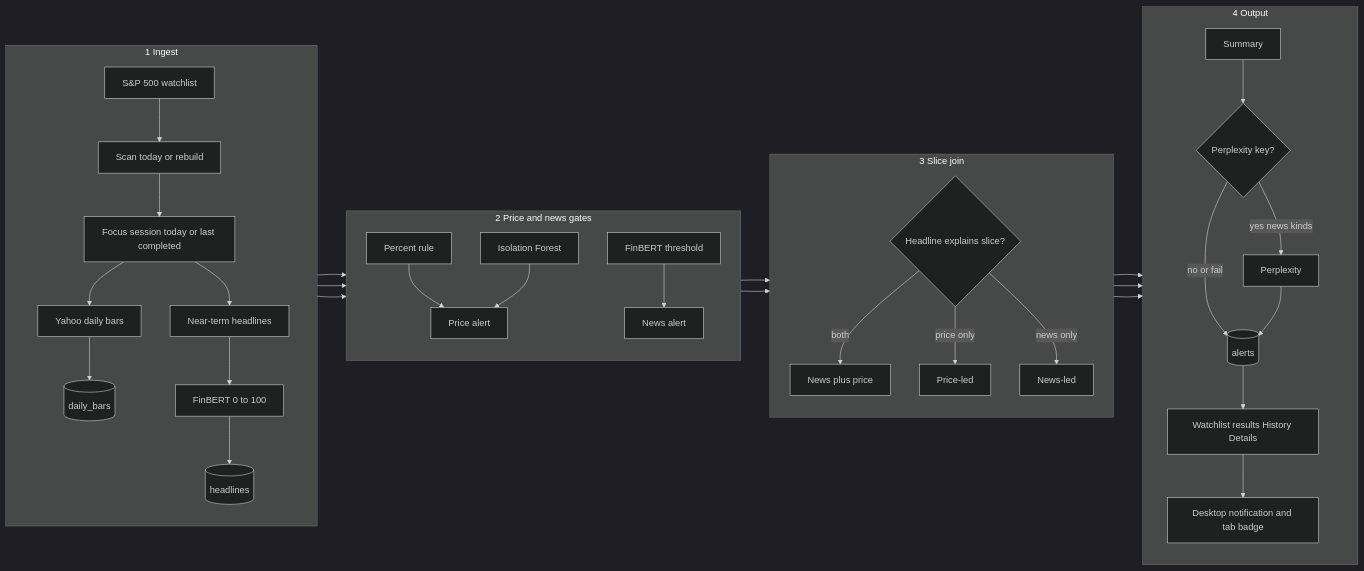
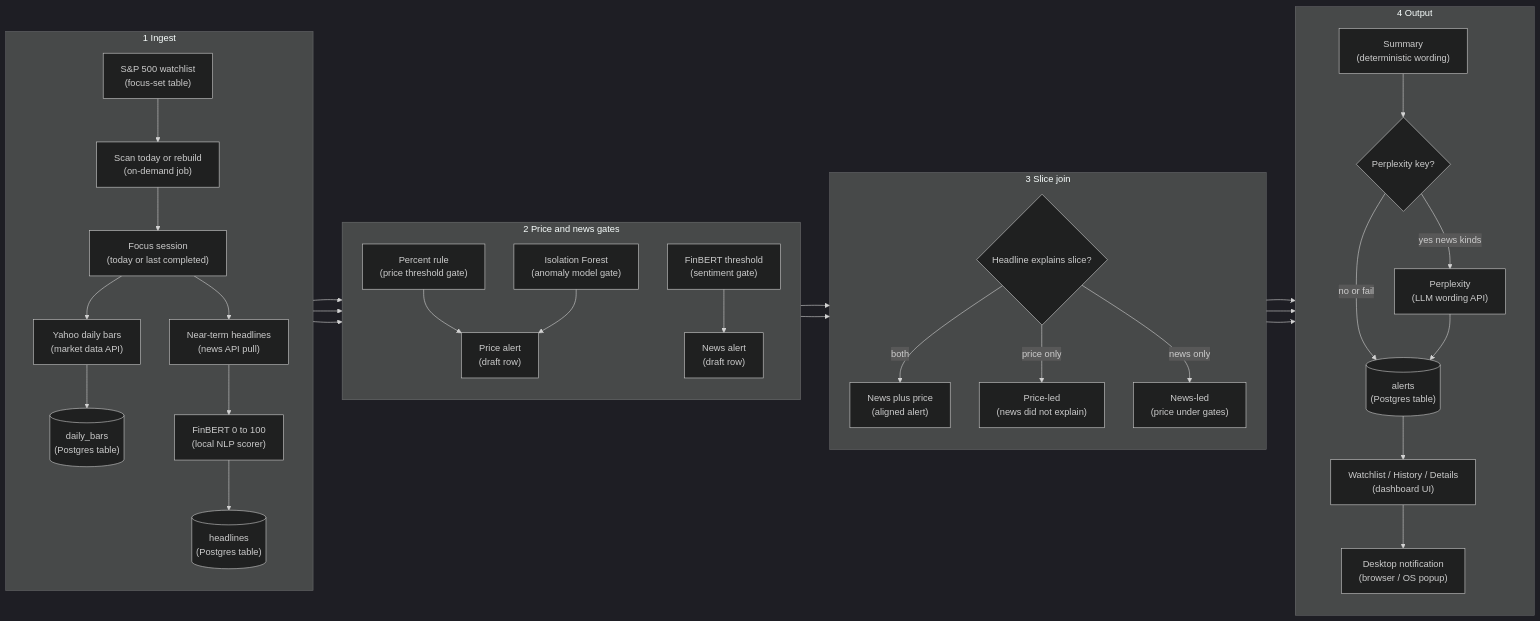
Before and after one commit to sameerde4/ticker-alert-system: the second of 10 diagrams in docs/architecture.md, drawn with Mermaid (dark theme). The commit also changed other lines of this file and 1 other file, not shown here.

First line of the commit message:
Clarify architecture diagram boxes with job plus technical role.

````diff
--- a/docs/architecture.md
+++ b/docs/architecture.md
@@ -191,45 +191,45 @@
 ```mermaid
 flowchart LR
     subgraph ingest [1 Ingest]
         direction TB
-        WL[S&P 500 watchlist] --> RUN[Scan today or rebuild]
-        RUN --> FOCUS[Focus session today or last completed]
-        FOCUS --> PX[Yahoo daily bars]
-        FOCUS --> NW[Near-term headlines]
-        PX --> BARS[(daily_bars)]
-        NW --> SCORE[FinBERT 0 to 100]
-        SCORE --> NEWS[(headlines)]
+        WL["S&P 500 watchlist<br/>(focus-set table)"] --> RUN["Scan today or rebuild<br/>(on-demand job)"]
+        RUN --> FOCUS["Focus session<br/>(today or last completed)"]
+        FOCUS --> PX["Yahoo daily bars<br/>(market data API)"]
+        FOCUS --> NW["Near-term headlines<br/>(news API pull)"]
+        PX --> BARS[("daily_bars<br/>(Postgres table)")]
+        NW --> SCORE["FinBERT 0 to 100<br/>(local NLP scorer)"]
+        SCORE --> NEWS[("headlines<br/>(Postgres table)")]
     end
 
     subgraph gates [2 Price and news gates]
         direction TB
-        BARS --> PCT[Percent rule]
-        BARS --> IF[Isolation Forest]
-        PCT --> PA[Price alert]
+        BARS --> PCT["Percent rule<br/>(price threshold gate)"]
+        BARS --> IF["Isolation Forest<br/>(anomaly model gate)"]
+        PCT --> PA["Price alert<br/>(draft row)"]
         IF --> PA
-        NEWS --> NA[FinBERT threshold]
-        NA --> NEWSALERT[News alert]
+        NEWS --> NA["FinBERT threshold<br/>(sentiment gate)"]
+        NA --> NEWSALERT["News alert<br/>(draft row)"]
     end
 
     subgraph join [3 Slice join]
         direction TB
         PA --> ONE{Headline explains slice?}
         NEWSALERT --> ONE
-        ONE -->|both| FA[News plus price]
-        ONE -->|price only| PA2[Price-led]
-        ONE -->|news only| NA2[News-led]
+        ONE -->|both| FA["News plus price<br/>(aligned alert)"]
+        ONE -->|price only| PA2["Price-led<br/>(news did not explain)"]
+        ONE -->|news only| NA2["News-led<br/>(price under gates)"]
     end
 
     subgraph out [4 Output]
         direction TB
-        FA --> RULE[Summary]
+        FA --> RULE["Summary<br/>(deterministic wording)"]
         PA2 --> RULE
         NA2 --> RULE
         RULE --> KEY{Perplexity key?}
-        KEY -->|yes news kinds| PPLX[Perplexity]
-        KEY -->|no or fail| ALERTS[(alerts)]
+        KEY -->|yes news kinds| PPLX["Perplexity<br/>(LLM wording API)"]
+        KEY -->|no or fail| ALERTS[("alerts<br/>(Postgres table)")]
         PPLX --> ALERTS
-        ALERTS --> UI[Watchlist results History Details]
-        UI --> NOTE[Desktop notification and tab badge]
+        ALERTS --> UI["Watchlist / History / Details<br/>(dashboard UI)"]
+        UI --> NOTE["Desktop notification<br/>(browser / OS popup)"]
     end
 ```
````
